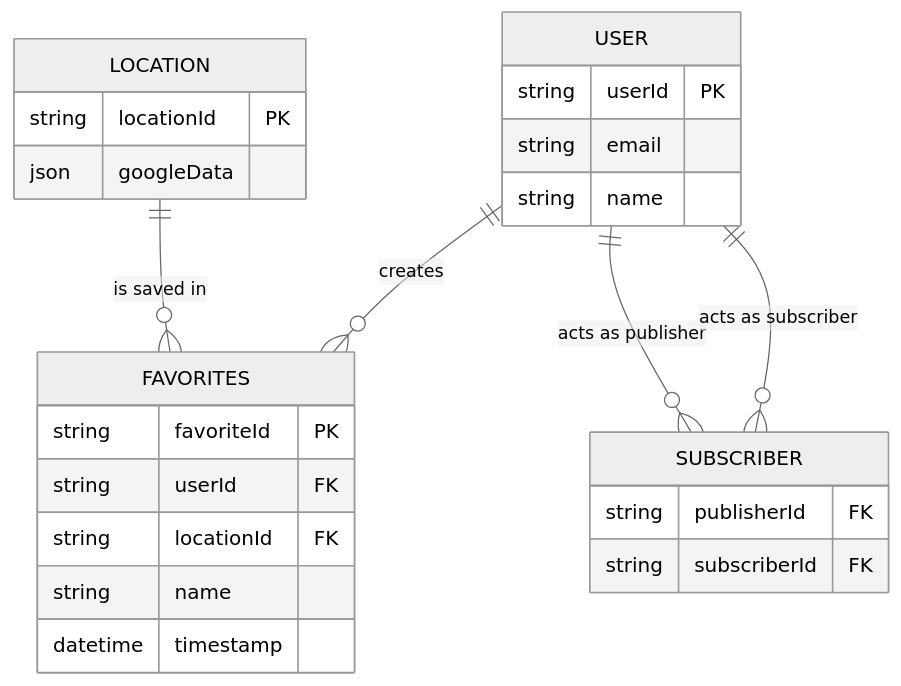
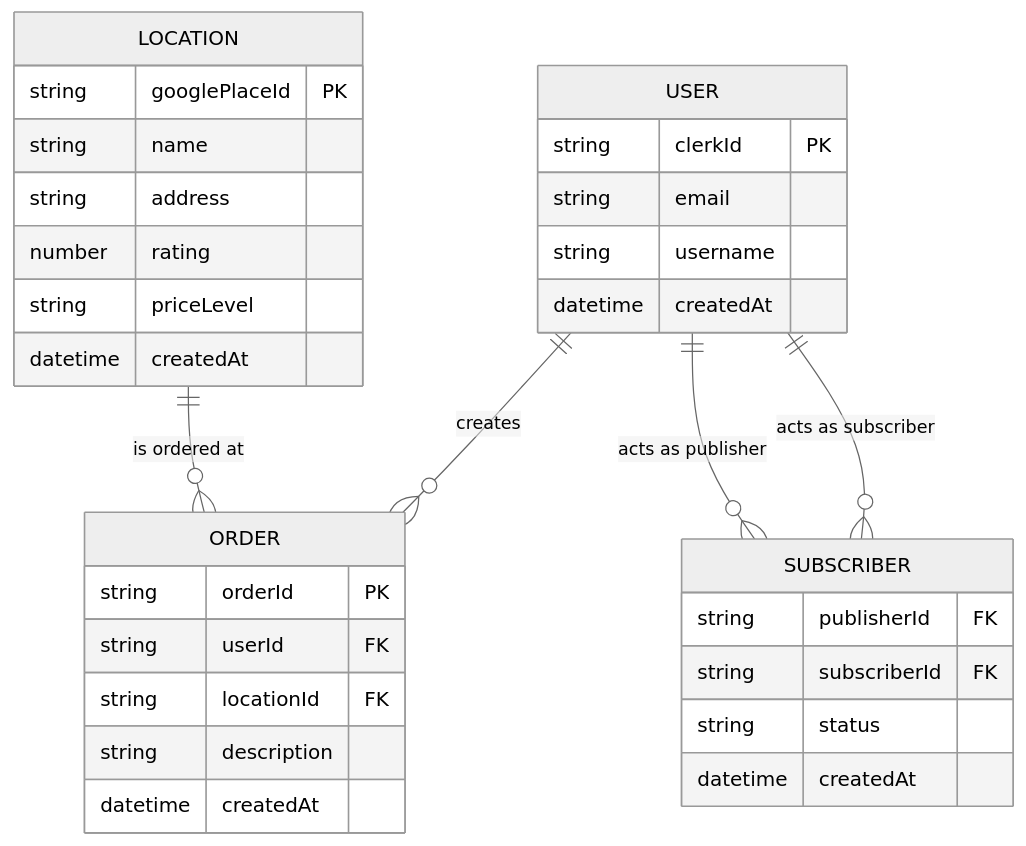
Before and after one commit to TrentSJohnson/react-native-food-app: the diagram in planning/DatabaseDesign.mermaid, drawn with Mermaid (neutral theme). The commit also changed 1 other file, not shown here.

```diff
--- a/planning/DatabaseDesign.mermaid
+++ b/planning/DatabaseDesign.mermaid
@@ -1,29 +1,36 @@
 erDiagram
     USER {
-        string userId PK
+        string clerkId PK
         string email
-        string name
+        string username
+        datetime createdAt
     }
 
     LOCATION {
-        string locationId PK
-        json googleData
+        string googlePlaceId PK
+        string name
+        string address
+        number rating
+        string priceLevel
+        datetime createdAt
     }
 
-    FAVORITES {
-        string favoriteId PK
+    ORDER {
+        string orderId PK
         string userId FK
         string locationId FK
-        string name
-        datetime timestamp
+        string description
+        datetime createdAt
     }
 
     SUBSCRIBER {
         string publisherId FK
         string subscriberId FK
+        string status
+        datetime createdAt
     }
 
-    USER ||--o{ FAVORITES : "creates"
-    LOCATION ||--o{ FAVORITES : "is saved in"
+    USER ||--o{ ORDER : "creates"
+    LOCATION ||--o{ ORDER : "is ordered at"
     USER ||--o{ SUBSCRIBER : "acts as publisher"
     USER ||--o{ SUBSCRIBER : "acts as subscriber"
```
